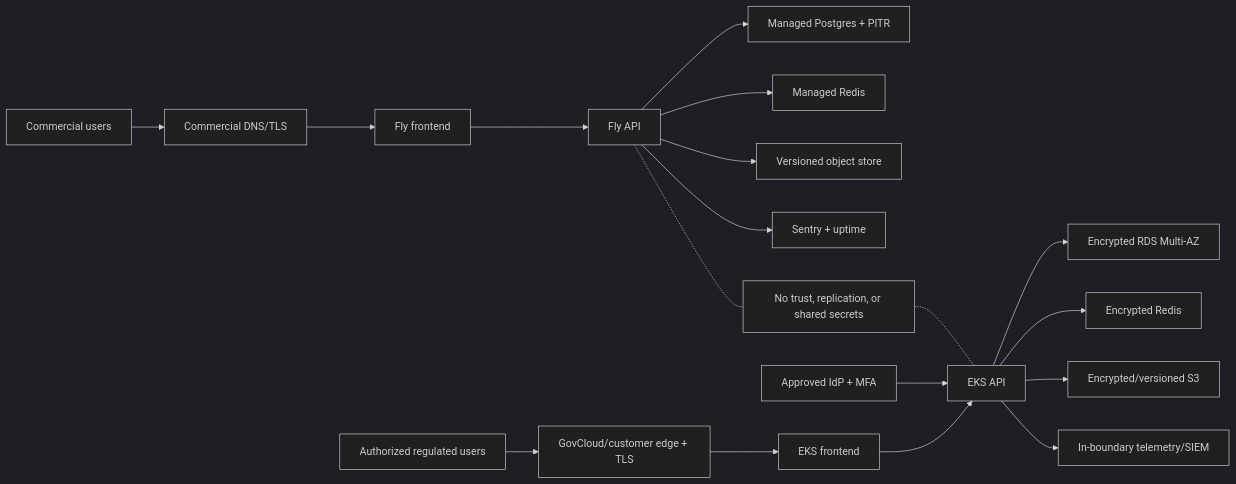
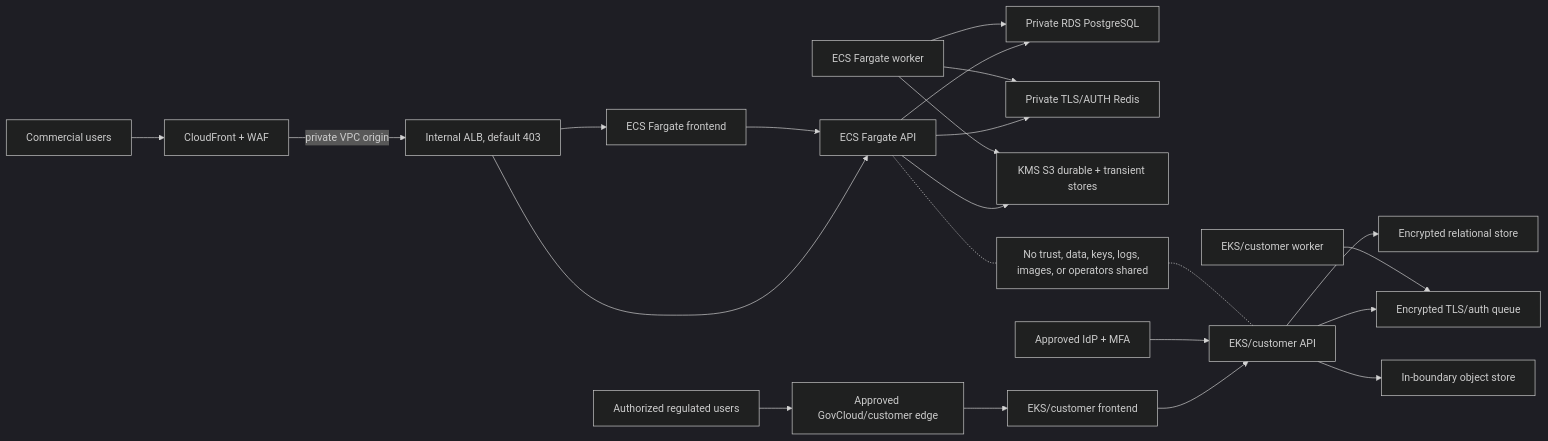
The diagram in docs/DUAL_PRODUCTION_ARCHITECTURE.md (zandemha2025/cadverify), drawn with Mermaid (dark theme) before and after one commit. The commit also changed other lines of this file and 185 other files, not shown here.

````diff
--- a/docs/DUAL_PRODUCTION_ARCHITECTURE.md
+++ b/docs/DUAL_PRODUCTION_ARCHITECTURE.md
@@ -19,21 +15,25 @@
 ```mermaid
 flowchart LR
-  U1["Commercial users"] --> SEDGE["Commercial DNS/TLS"]
-  SEDGE --> SFE["Fly frontend"]
-  SFE --> SAPI["Fly API"]
-  SAPI --> SPG["Managed Postgres + PITR"]
-  SAPI --> SR["Managed Redis"]
-  SAPI --> SS3["Versioned object store"]
-  SAPI --> SOBS["Sentry + uptime"]
+  CU["Commercial users"] --> CF["CloudFront + WAF"]
+  CF -->|"private VPC origin"| ALB["Internal ALB, default 403"]
+  ALB --> CWEB["ECS Fargate frontend"]
+  ALB --> CAPI["ECS Fargate API"]
+  CWEB --> CAPI
+  CAPI --> CPG["Private RDS PostgreSQL"]
+  CAPI --> CR["Private TLS/AUTH Redis"]
+  CAPI --> CS3["KMS S3 durable + transient stores"]
+  CWORK["ECS Fargate worker"] --> CPG
+  CWORK --> CR
+  CWORK --> CS3
 
-  U2["Authorized regulated users"] --> REDGE["GovCloud/customer edge + TLS"]
-  REDGE --> RFE["EKS frontend"]
-  RFE --> RAPI["EKS API"]
-  RAPI --> RPG["Encrypted RDS Multi-AZ"]
-  RAPI --> RR["Encrypted Redis"]
-  RAPI --> RS3["Encrypted/versioned S3"]
-  RAPI --> ROBS["In-boundary telemetry/SIEM"]
+  RU["Authorized regulated users"] --> REDGE["Approved GovCloud/customer edge"]
+  REDGE --> RWEB["EKS/customer frontend"]
+  RWEB --> RAPI["EKS/customer API"]
+  RAPI --> RPG["Encrypted relational store"]
+  RAPI --> RR["Encrypted TLS/auth queue"]
+  RAPI --> RS3["In-boundary object store"]
+  RWORK["EKS/customer worker"] --> RR
   RIDP["Approved IdP + MFA"] --> RAPI
 
-  SAPI -.- X["No trust, replication, or shared secrets"] -.- RAPI
+  CAPI -.- X["No trust, data, keys, logs, images, or operators shared"] -.- RAPI
 ```
````
